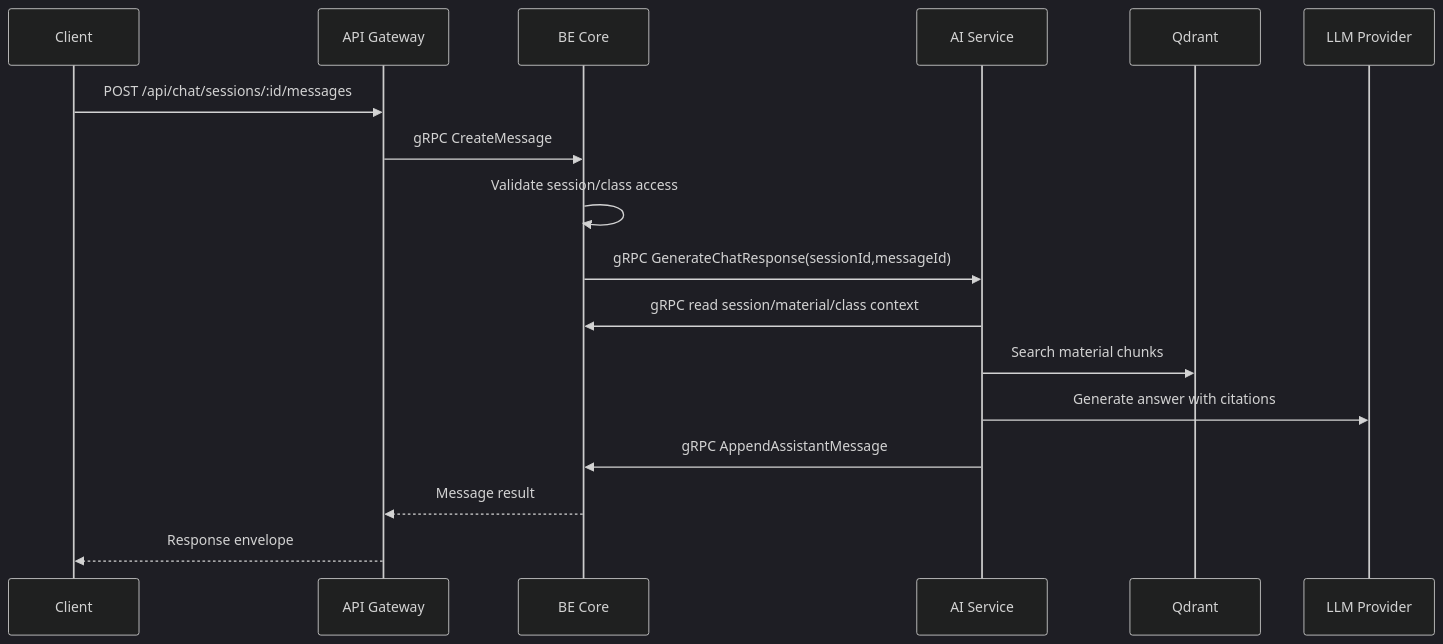
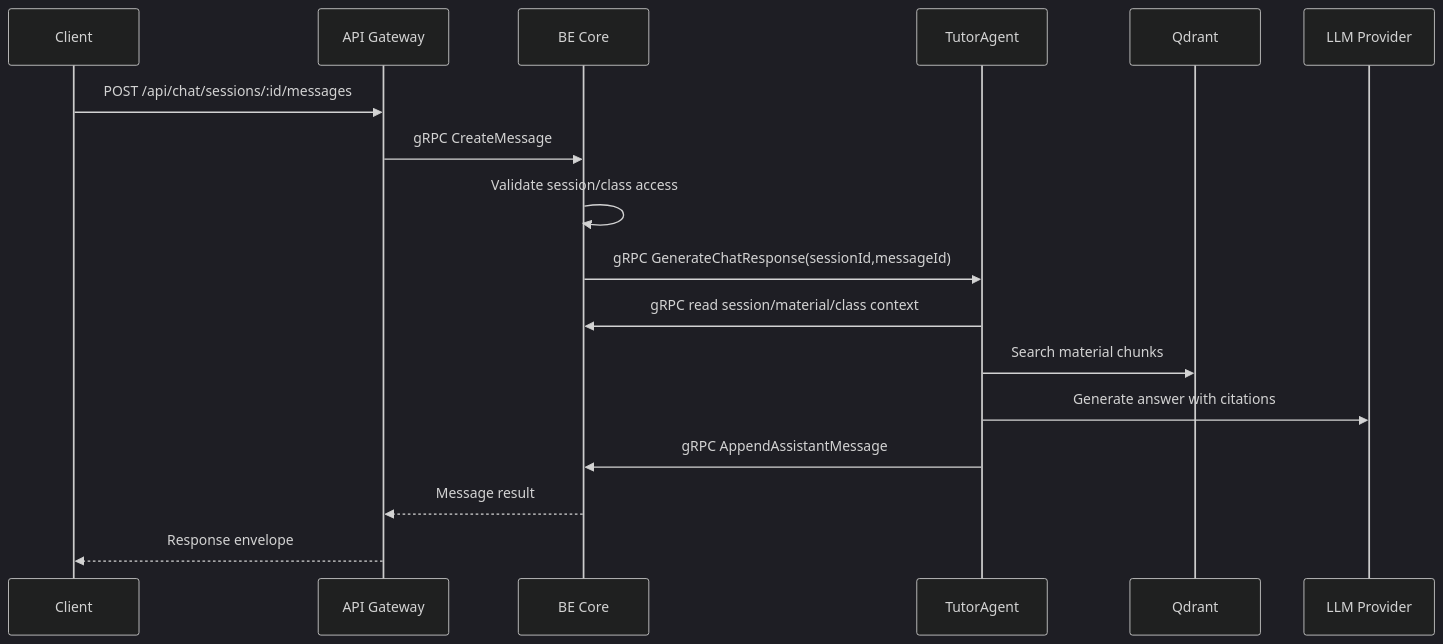
One commit to Tanh1603/EdTech changed the second of 4 diagrams in docs/ai-service/runtime-flows.md. Above: the diagram before and after it, drawn with Mermaid (dark theme). The commit also changed other lines of this file and 36 other files, not shown here.

````diff
--- a/docs/ai-service/runtime-flows.md
+++ b/docs/ai-service/runtime-flows.md
@@ -39,20 +41,20 @@
 ```mermaid
 sequenceDiagram
   participant C as Client
   participant G as API Gateway
   participant B as BE Core
-  participant A as AI Service
+  participant A as TutorAgent
   participant Q as Qdrant
   participant L as LLM Provider
 
   C->>G: POST /api/chat/sessions/:id/messages
   G->>B: gRPC CreateMessage
   B->>B: Validate session/class access
   B->>A: gRPC GenerateChatResponse(sessionId,messageId)
   A->>B: gRPC read session/material/class context
   A->>Q: Search material chunks
   A->>L: Generate answer with citations
   A->>B: gRPC AppendAssistantMessage
   B-->>G: Message result
   G-->>C: Response envelope
 ```
````
